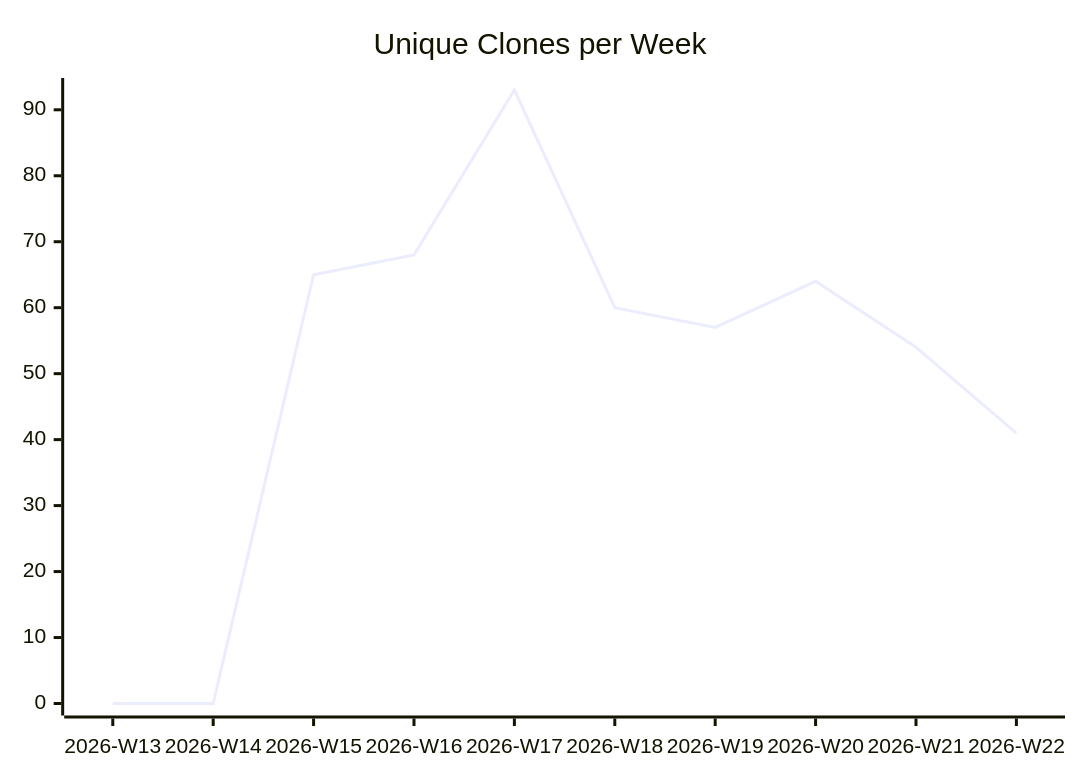
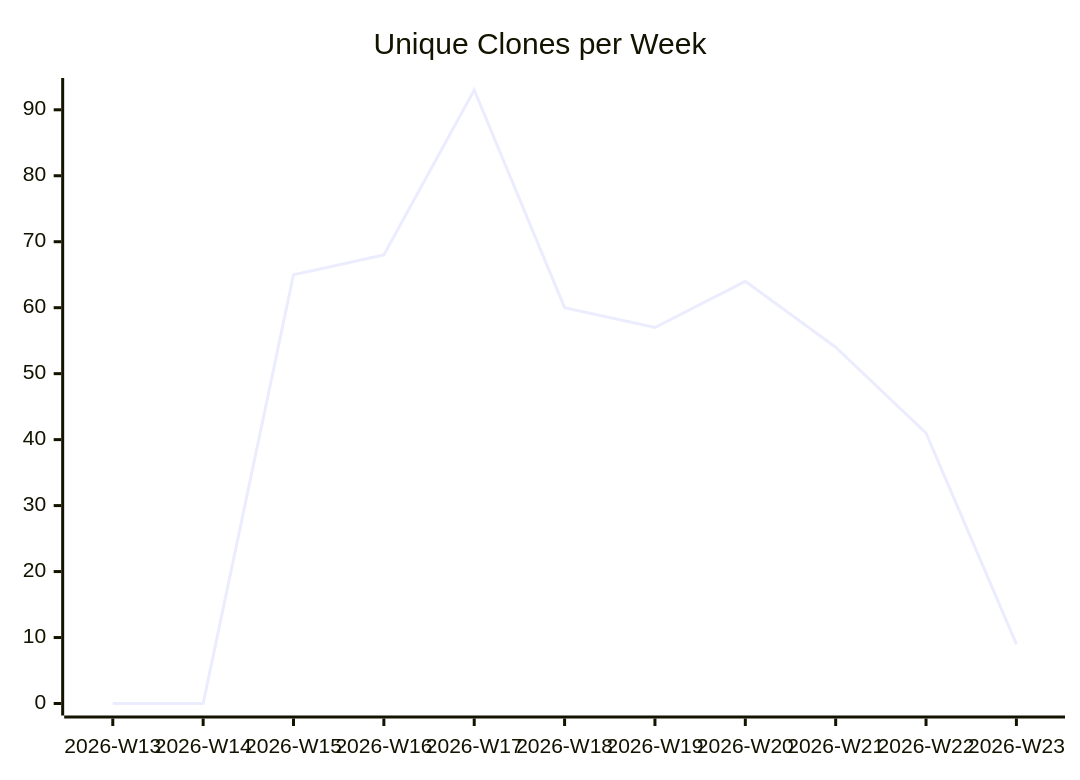
Before and after one commit to justdavis-family/github-analytics-data: the third of 3 diagrams in justdavis-family/github-analytics-data/README.md, drawn with Mermaid. The commit also changed other lines of this file and 186 other files, not shown here.

````diff
--- a/justdavis-family/github-analytics-data/README.md
+++ b/justdavis-family/github-analytics-data/README.md
@@ -19,6 +19,6 @@
 ```mermaid
 xychart-beta
   title "Unique Clones per Week"
-  x-axis ["2026-W13", "2026-W14", "2026-W15", "2026-W16", "2026-W17", "2026-W18", "2026-W19", "2026-W20", "2026-W21", "2026-W22"]
-  line [0, 0, 65, 68, 93, 60, 57, 64, 54, 41]
+  x-axis ["2026-W13", "2026-W14", "2026-W15", "2026-W16", "2026-W17", "2026-W18", "2026-W19", "2026-W20", "2026-W21", "2026-W22", "2026-W23"]
+  line [0, 0, 65, 68, 93, 60, 57, 64, 54, 41, 9]
 ```
````
